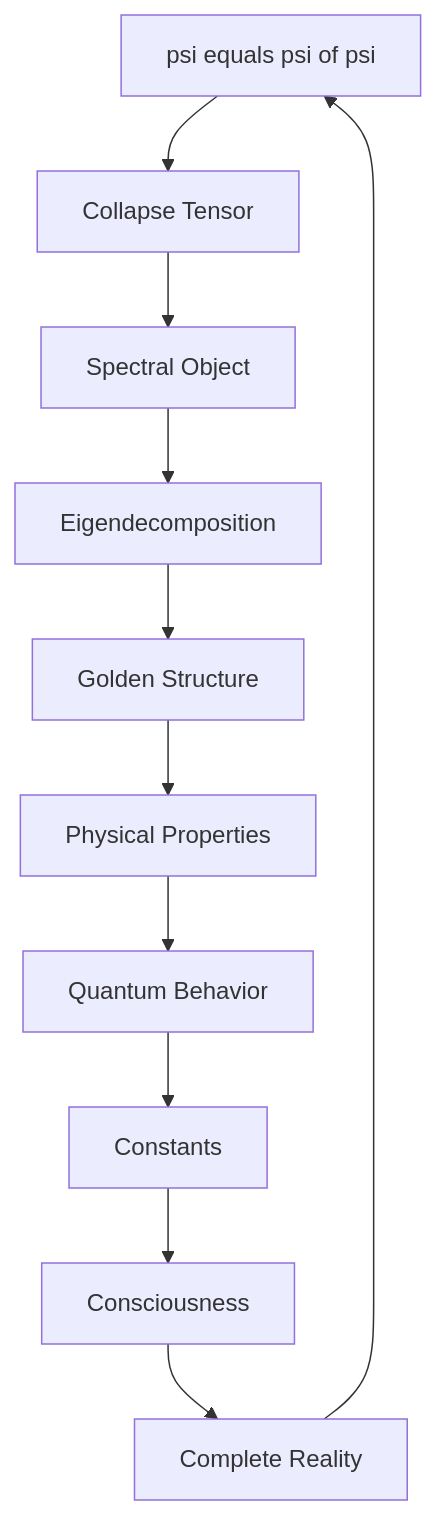
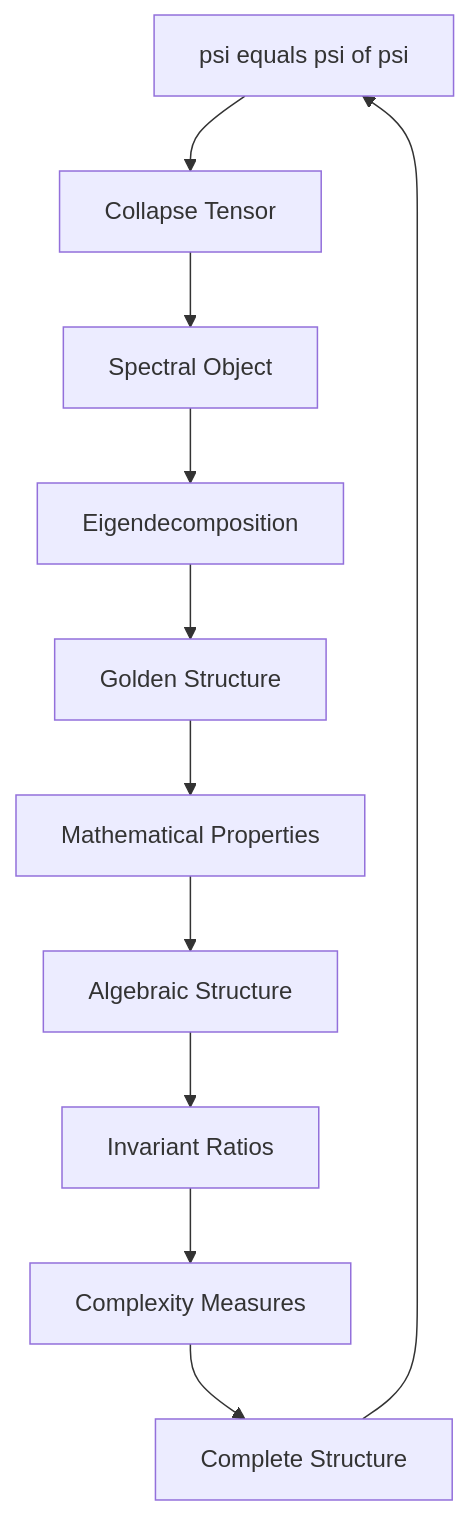
One commit to loning/the-phys changed the second of 2 diagrams in docs/psi-structum/book-1-collapse-ontology/part-03-tensor-algebra/chapter-033-collapse-tensor-spectral-object.md. Above: the diagram before and after it, drawn with Mermaid. The commit also changed other lines of this file and 12 other files, not shown here.

````diff
--- a/docs/psi-structum/book-1-collapse-ontology/part-03-tensor-algebra/chapter-033-collapse-tensor-spectral-object.md
+++ b/docs/psi-structum/book-1-collapse-ontology/part-03-tensor-algebra/chapter-033-collapse-tensor-spectral-object.md
@@ -192,13 +199,13 @@
 ```mermaid
 graph TD
     A[psi equals psi of psi] --> B[Collapse Tensor]
     B --> C[Spectral Object]
     C --> D[Eigendecomposition]
     D --> E[Golden Structure]
-    E --> F[Physical Properties]
-    F --> G[Quantum Behavior]
-    G --> H[Constants]
-    H --> I[Consciousness]
-    I --> J[Complete Reality]
+    E --> F[Mathematical Properties]
+    F --> G[Algebraic Structure]
+    G --> H[Invariant Ratios]
+    H --> I[Complexity Measures]
+    I --> J[Complete Structure]
     J --> A
 ```
````
